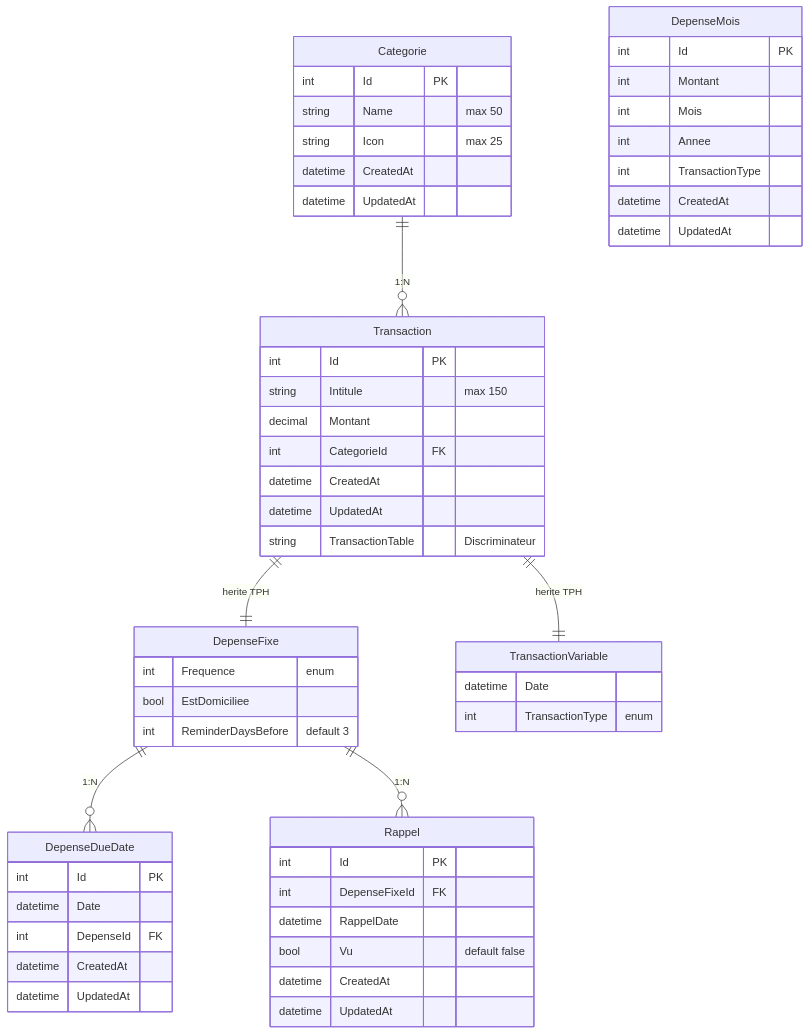
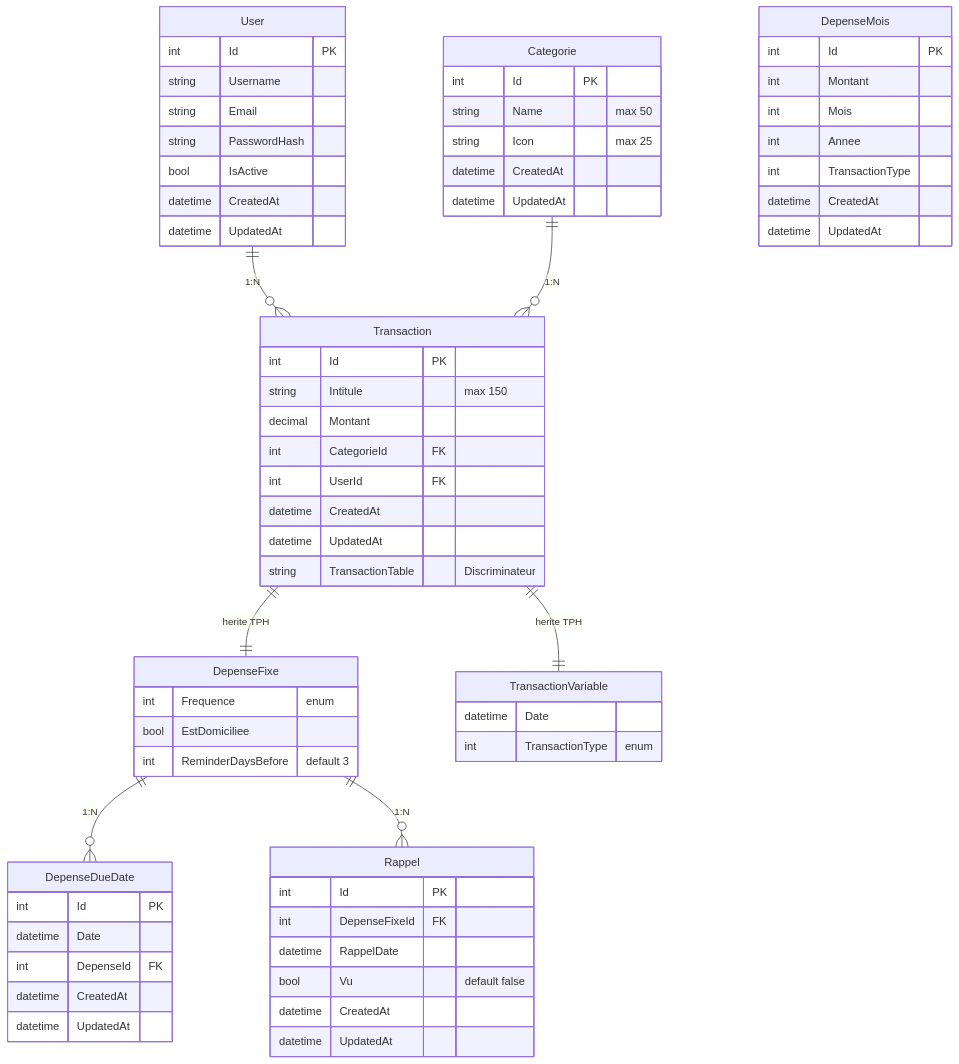
One commit to Petch91/BudgetApp changed the diagram in ObsidianDocs/01-Projets/BudgetApp/Entites.md. Above: the diagram before and after it, drawn with Mermaid. The commit also changed other lines of this file and 9 other files, not shown here.

````diff
--- a/ObsidianDocs/01-Projets/BudgetApp/Entites.md
+++ b/ObsidianDocs/01-Projets/BudgetApp/Entites.md
@@ -7,64 +7,76 @@
 ```mermaid
 erDiagram
+    User ||--o{ Transaction : "1:N"
     Categorie ||--o{ Transaction : "1:N"
     Transaction ||--|| DepenseFixe : "herite TPH"
     Transaction ||--|| TransactionVariable : "herite TPH"
     DepenseFixe ||--o{ DepenseDueDate : "1:N"
     DepenseFixe ||--o{ Rappel : "1:N"
 
     Categorie {
         int Id PK
         string Name "max 50"
         string Icon "max 25"
         datetime CreatedAt
         datetime UpdatedAt
     }
 
+    User {
+        int Id PK
+        string Username
+        string Email
+        string PasswordHash
+        bool IsActive
+        datetime CreatedAt
+        datetime UpdatedAt
+    }
+
     Transaction {
         int Id PK
         string Intitule "max 150"
         decimal Montant
         int CategorieId FK
+        int UserId FK
         datetime CreatedAt
         datetime UpdatedAt
         string TransactionTable "Discriminateur"
     }
 
     DepenseFixe {
         int Frequence "enum"
         bool EstDomiciliee
         int ReminderDaysBefore "default 3"
     }
 
     TransactionVariable {
         datetime Date
         int TransactionType "enum"
     }
 
     DepenseDueDate {
         int Id PK
         datetime Date
         int DepenseId FK
         datetime CreatedAt
         datetime UpdatedAt
     }
 
     Rappel {
         int Id PK
         int DepenseFixeId FK
         datetime RappelDate
         bool Vu "default false"
         datetime CreatedAt
         datetime UpdatedAt
     }
 
     DepenseMois {
         int Id PK
         int Montant
         int Mois
         int Annee
         int TransactionType
         datetime CreatedAt
         datetime UpdatedAt
     }
 ```
````
